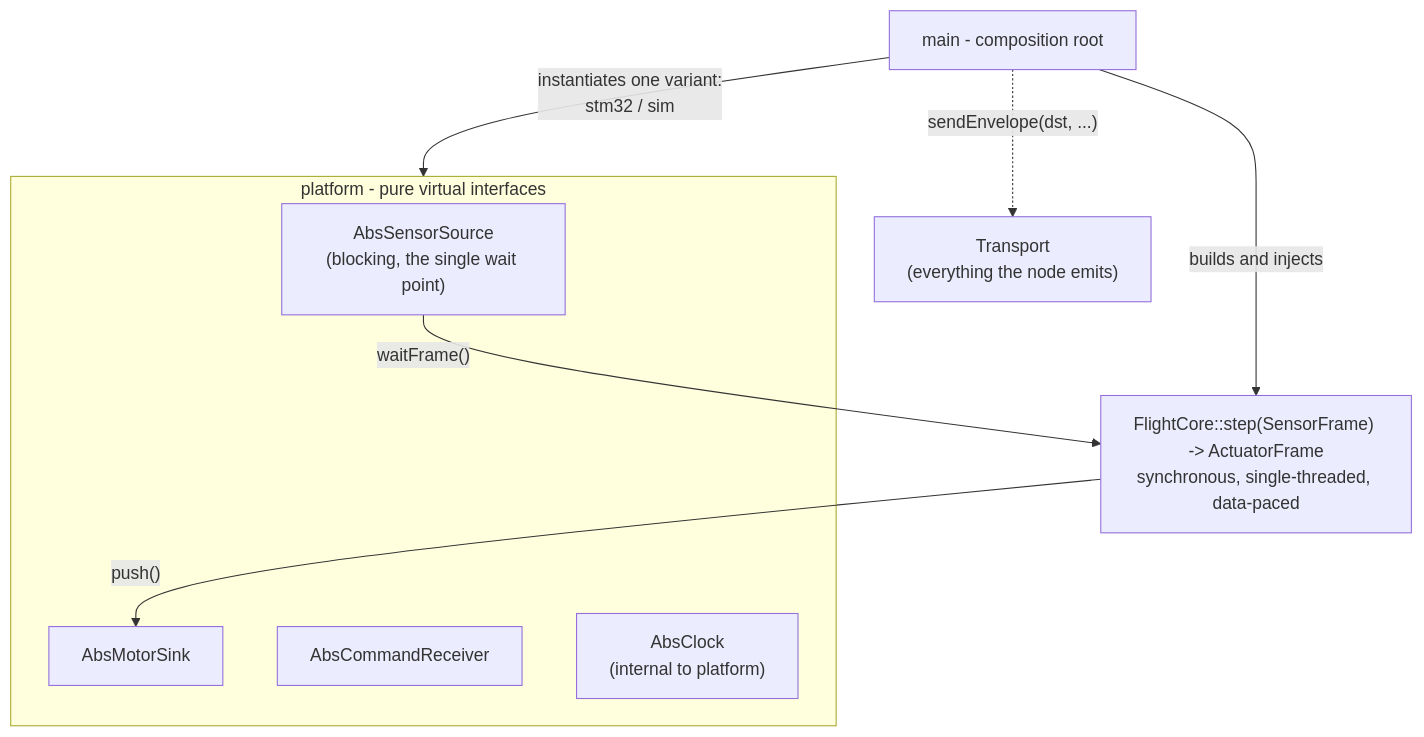
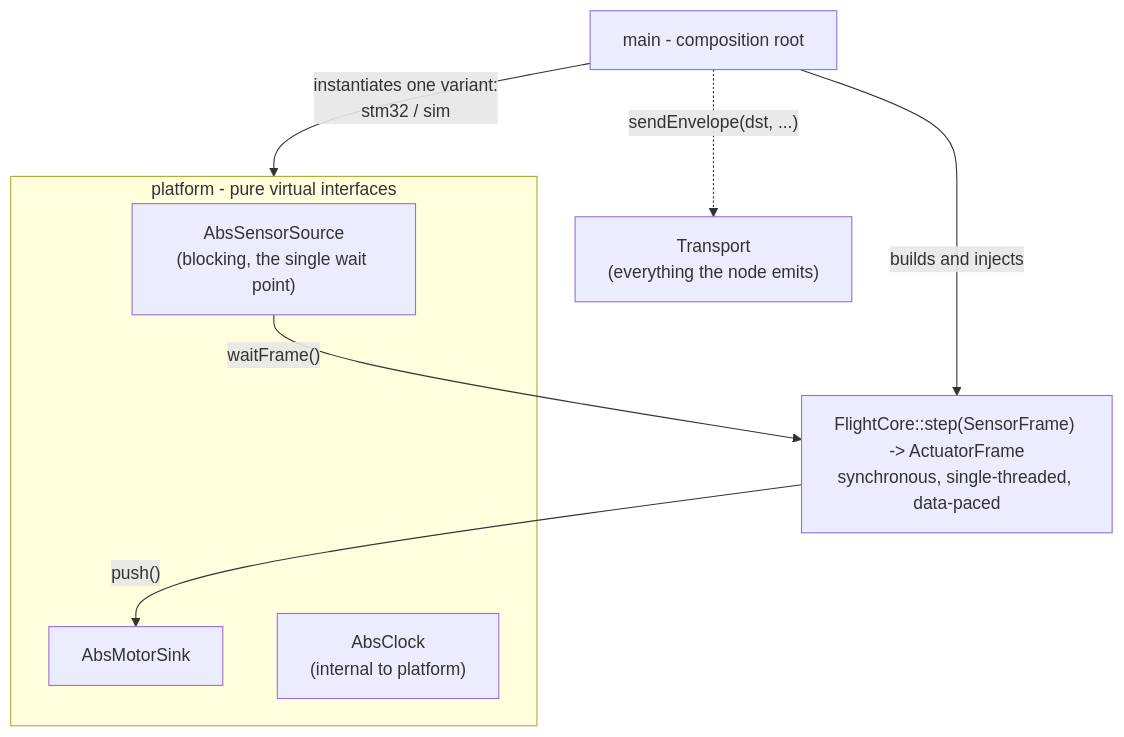
Before and after one commit to Keyrim/drone-mark4: the second of 2 diagrams in docs/architecture.md, drawn with Mermaid. The commit also changed other lines of this file and 6 other files, not shown here.

````diff
--- a/docs/architecture.md
+++ b/docs/architecture.md
@@ -52,20 +52,19 @@
 ```mermaid
 flowchart TB
     MAIN["main - composition root"]
     CORE["FlightCore::step(SensorFrame) -> ActuatorFrame<br/>synchronous, single-threaded, data-paced"]
 
     subgraph platform["platform - pure virtual interfaces"]
         SRC["AbsSensorSource<br/>(blocking, the single wait point)"]
         SINK["AbsMotorSink"]
-        CMD["AbsCommandReceiver"]
         CLK["AbsClock<br/>(internal to platform)"]
     end
 
     TR["Transport<br/>(everything the node emits)"]
 
     MAIN -->|"builds and injects"| CORE
     MAIN -->|"instantiates one variant:<br/>stm32 / sim"| platform
     SRC -->|"waitFrame()"| CORE
     CORE -->|"push()"| SINK
     MAIN -.->|"sendEnvelope(dst, ...)"| TR
 ```
````
